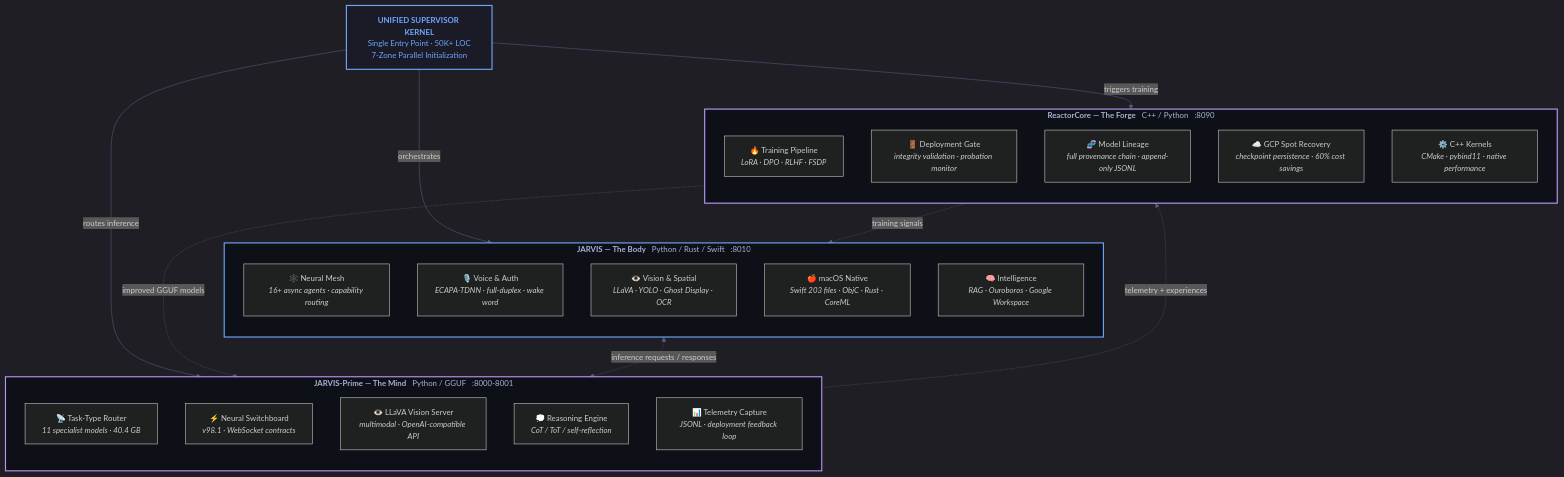
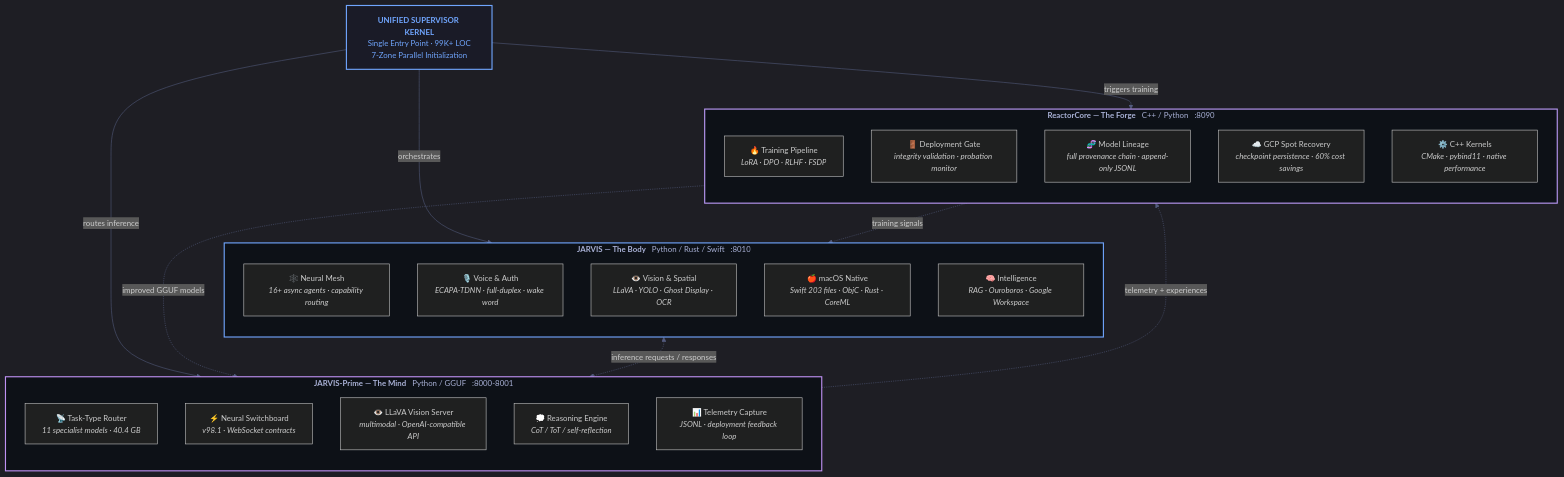
One commit to drussell23/drussell23 changed the fourth of 14 diagrams in README.md. Above: the diagram before and after it, drawn with Mermaid. The commit also changed other lines of this file, not shown here.

Commit message:
profile: refresh supervisor LOC to verified 99K (was 50K/96K)

````diff
--- a/README.md
+++ b/README.md
@@ -585,47 +585,47 @@
 ```mermaid
 %%{init: {'theme': 'dark', 'themeVariables': { 'primaryColor': '#1a1b27', 'primaryTextColor': '#a9b1d6', 'primaryBorderColor': '#70a5fd', 'lineColor': '#545c7e', 'secondaryColor': '#24283b', 'tertiaryColor': '#1a1b27', 'fontSize': '14px', 'fontFamily': 'JetBrains Mono, monospace' }}}%%
 
 flowchart TD
-    KERNEL["<b>UNIFIED SUPERVISOR KERNEL</b><br/>Single Entry Point · 50K+ LOC<br/>7-Zone Parallel Initialization"]
+    KERNEL["<b>UNIFIED SUPERVISOR KERNEL</b><br/>Single Entry Point · 99K+ LOC<br/>7-Zone Parallel Initialization"]
 
     KERNEL -->|"orchestrates"| JARVIS
     KERNEL -->|"routes inference"| PRIME
     KERNEL -->|"triggers training"| REACTOR
 
     subgraph JARVIS["<b>JARVIS — The Body</b> &nbsp; Python / Rust / Swift &nbsp; :8010"]
         direction TB
         J1["🕸️ Neural Mesh<br/><i>16+ async agents · capability routing</i>"]
         J2["🎙️ Voice & Auth<br/><i>ECAPA-TDNN · full-duplex · wake word</i>"]
         J3["👁️ Vision & Spatial<br/><i>LLaVA · YOLO · Ghost Display · OCR</i>"]
         J4["🍎 macOS Native<br/><i>Swift 203 files · ObjC · Rust · CoreML</i>"]
         J5["🧠 Intelligence<br/><i>RAG · Ouroboros · Google Workspace</i>"]
     end
 
     subgraph PRIME["<b>JARVIS-Prime — The Mind</b> &nbsp; Python / GGUF &nbsp; :8000-8001"]
         direction TB
         P1["📡 Task-Type Router<br/><i>11 specialist models · 40.4 GB</i>"]
         P2["⚡ Neural Switchboard<br/><i>v98.1 · WebSocket contracts</i>"]
         P3["👁️ LLaVA Vision Server<br/><i>multimodal · OpenAI-compatible API</i>"]
         P4["💭 Reasoning Engine<br/><i>CoT / ToT / self-reflection</i>"]
         P5["📊 Telemetry Capture<br/><i>JSONL · deployment feedback loop</i>"]
     end
 
     subgraph REACTOR["<b>ReactorCore — The Forge</b> &nbsp; C++ / Python &nbsp; :8090"]
         direction TB
         R1["🔥 Training Pipeline<br/><i>LoRA · DPO · RLHF · FSDP</i>"]
         R2["🚪 Deployment Gate<br/><i>integrity validation · probation monitor</i>"]
         R3["🧬 Model Lineage<br/><i>full provenance chain · append-only JSONL</i>"]
         R4["☁️ GCP Spot Recovery<br/><i>checkpoint persistence · 60% cost savings</i>"]
         R5["⚙️ C++ Kernels<br/><i>CMake · pybind11 · native performance</i>"]
     end
 
     PRIME -.->|"telemetry + experiences"| REACTOR
     REACTOR -.->|"improved GGUF models"| PRIME
     JARVIS <-.->|"inference requests / responses"| PRIME
     REACTOR -.->|"training signals"| JARVIS
 
     style KERNEL fill:#1a1b27,stroke:#70a5fd,stroke-width:2px,color:#70a5fd
     style JARVIS fill:#0d1117,stroke:#70a5fd,stroke-width:2px,color:#a9b1d6
     style PRIME fill:#0d1117,stroke:#bf91f3,stroke-width:2px,color:#a9b1d6
     style REACTOR fill:#0d1117,stroke:#bb9af7,stroke-width:2px,color:#a9b1d6
 ```
````
